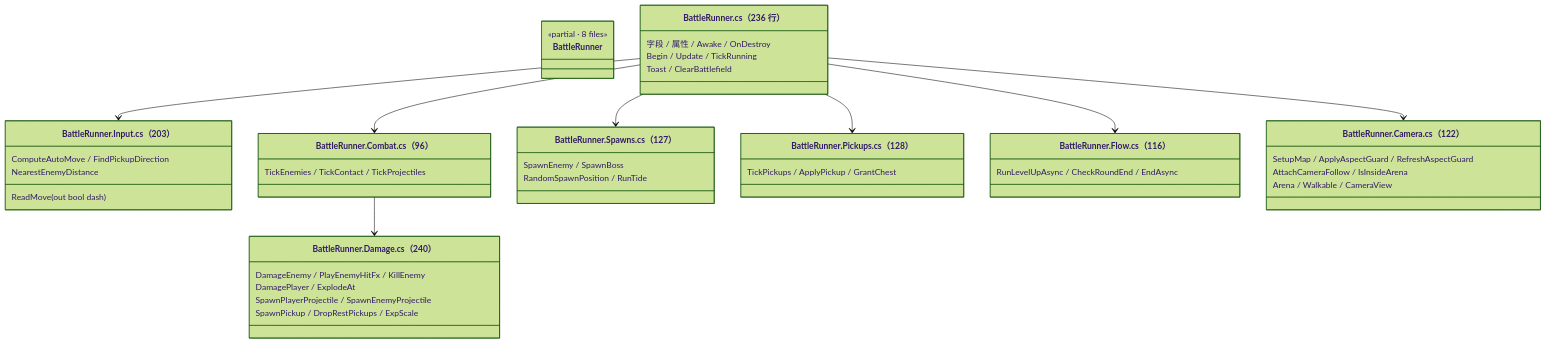
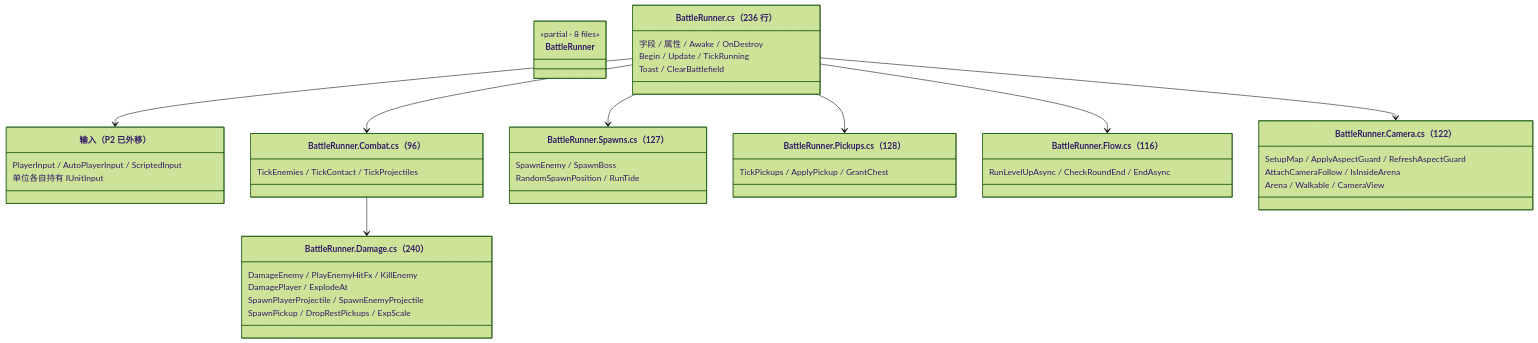
One commit to snakeazh/RoguelikeClient changed the second of 7 diagrams in Docs/战斗类图.md. Above: the diagram before and after it, drawn with Mermaid (forest theme). The commit also changed other lines of this file and 19 other files, not shown here.

Commit message:
refactor(core): 输入改成每个单位持有自己的 IUnitInput，删掉 BattleInput 静态门面

````diff
--- a/Docs/战斗类图.md
+++ b/Docs/战斗类图.md
@@ -206,48 +206,47 @@
 ```mermaid
 classDiagram
     class BattleRunner {
         <<partial · 8 files>>
     }
     class BattleRunner_core["BattleRunner.cs（236 行）"] {
         字段 / 属性 / Awake / OnDestroy
         Begin / Update / TickRunning
         Toast / ClearBattlefield
     }
-    class BattleRunner_input["BattleRunner.Input.cs（203）"] {
-        ReadMove(out bool dash)
-        ComputeAutoMove / FindPickupDirection
-        NearestEnemyDistance
+    class BattleRunner_input["输入（P2 已外移）"] {
+        PlayerInput / AutoPlayerInput / ScriptedInput
+        单位各自持有 IUnitInput
     }
     class BattleRunner_combat["BattleRunner.Combat.cs（96）"] {
         TickEnemies / TickContact / TickProjectiles
     }
     class BattleRunner_spawns["BattleRunner.Spawns.cs（127）"] {
         SpawnEnemy / SpawnBoss
         RandomSpawnPosition / RunTide
     }
     class BattleRunner_damage["BattleRunner.Damage.cs（240）"] {
         DamageEnemy / PlayEnemyHitFx / KillEnemy
         DamagePlayer / ExplodeAt
         SpawnPlayerProjectile / SpawnEnemyProjectile
         SpawnPickup / DropRestPickups / ExpScale
     }
     class BattleRunner_pickups["BattleRunner.Pickups.cs（128）"] {
         TickPickups / ApplyPickup / GrantChest
     }
     class BattleRunner_flow["BattleRunner.Flow.cs（116）"] {
         RunLevelUpAsync / CheckRoundEnd / EndAsync
     }
     class BattleRunner_camera["BattleRunner.Camera.cs（122）"] {
         SetupMap / ApplyAspectGuard / RefreshAspectGuard
         AttachCameraFollow / IsInsideArena
         Arena / Walkable / CameraView
     }
 
     BattleRunner_core --> BattleRunner_input
     BattleRunner_core --> BattleRunner_combat
     BattleRunner_core --> BattleRunner_spawns
     BattleRunner_combat --> BattleRunner_damage
     BattleRunner_core --> BattleRunner_pickups
     BattleRunner_core --> BattleRunner_flow
     BattleRunner_core --> BattleRunner_camera
 ```
````
